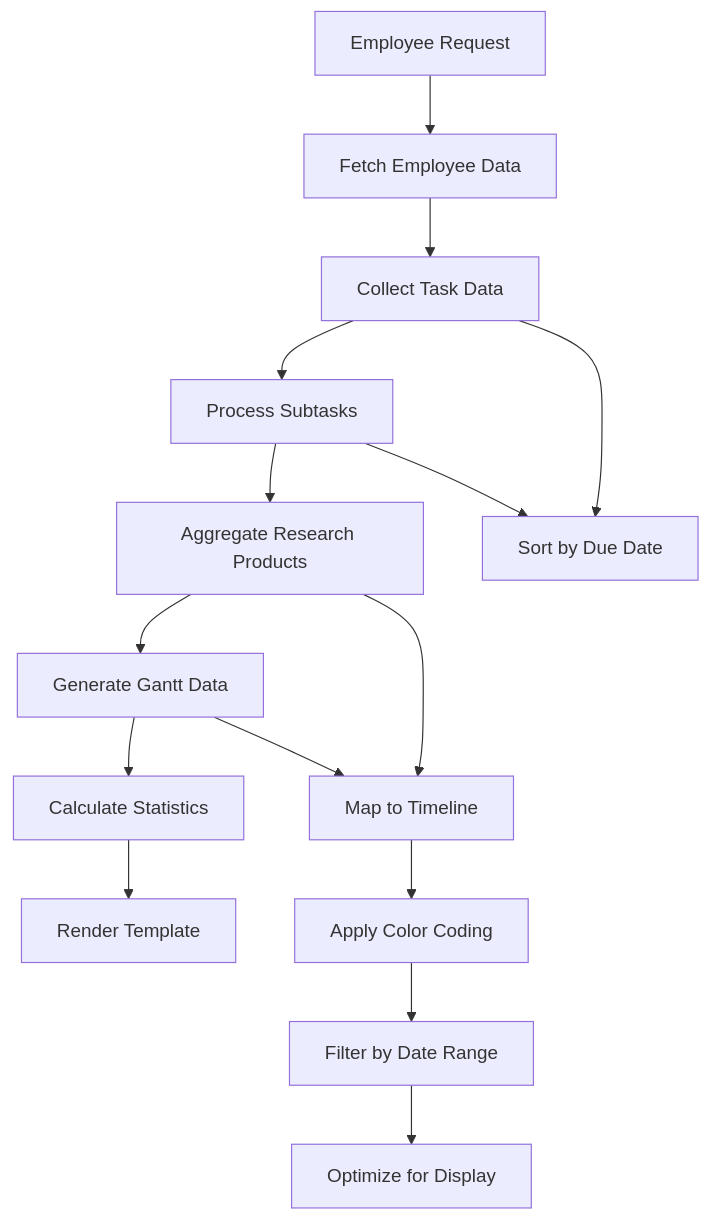
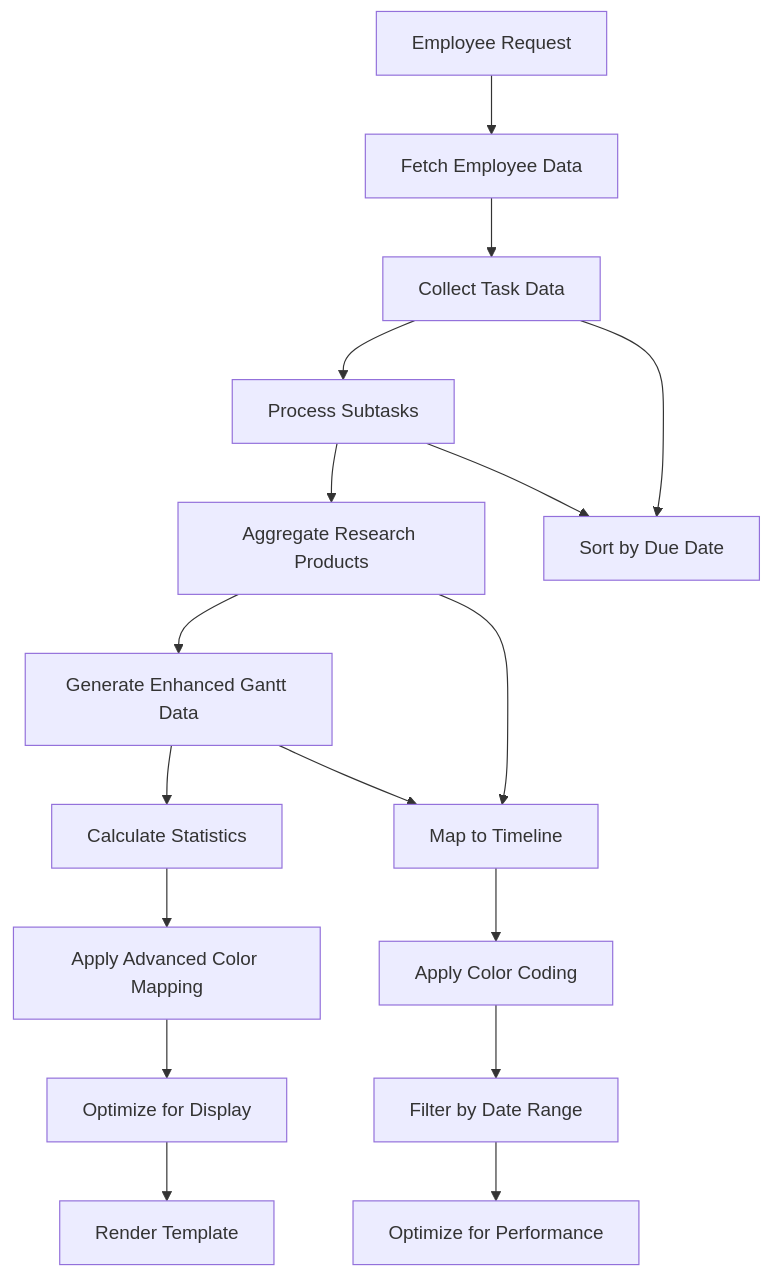
Before and after one commit to Pavel9474/task_manager: the third of 7 diagrams in .qoder/repowiki/en/content/Employee and Organization Management/Employee Detail Page with Gantt Chart.md, drawn with Mermaid. The commit also changed other lines of this file and 11 other files, not shown here.

Commit message:
bars are added gantt correct, popup windows works

````diff
--- a/.qoder/repowiki/en/content/Employee and Organization Management/Employee Detail Page with Gantt Chart.md
+++ b/.qoder/repowiki/en/content/Employee and Organization Management/Employee Detail Page with Gantt Chart.md
@@ -145,17 +157,19 @@
 ```mermaid
 flowchart TD
 A[Employee Request] --> B[Fetch Employee Data]
 B --> C[Collect Task Data]
 C --> D[Process Subtasks]
 D --> E[Aggregate Research Products]
-E --> F[Generate Gantt Data]
+E --> F[Generate Enhanced Gantt Data]
 F --> G[Calculate Statistics]
-G --> H[Render Template]
-C --> I[Sort by Due Date]
-D --> I
-E --> J[Map to Timeline]
-F --> J
-J --> K[Apply Color Coding]
-K --> L[Filter by Date Range]
-L --> M[Optimize for Display]
+G --> H[Apply Advanced Color Mapping]
+H --> I[Optimize for Display]
+I --> J[Render Template]
+C --> K[Sort by Due Date]
+D --> K
+E --> L[Map to Timeline]
+F --> L
+L --> M[Apply Color Coding]
+M --> N[Filter by Date Range]
+N --> O[Optimize for Performance]
 ```
````
